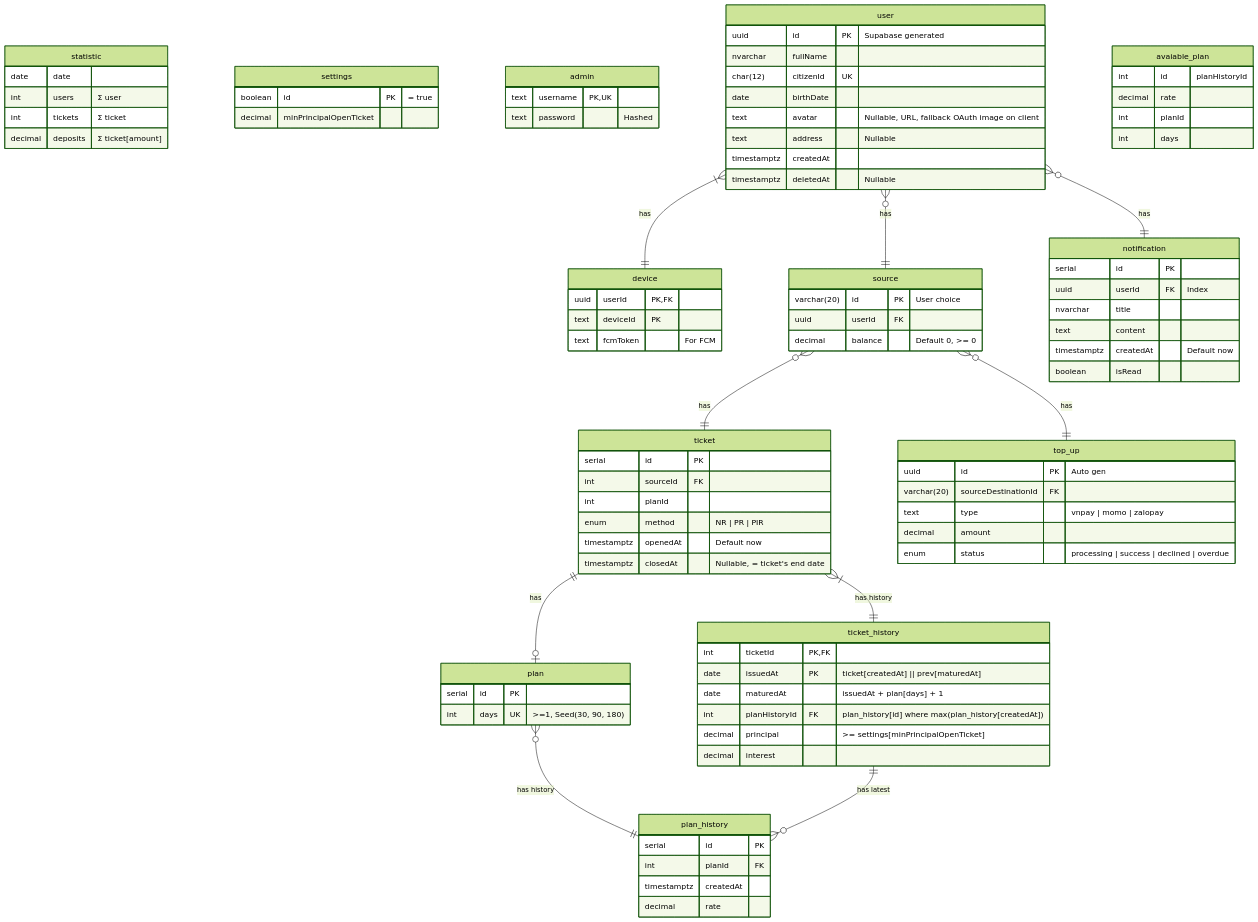
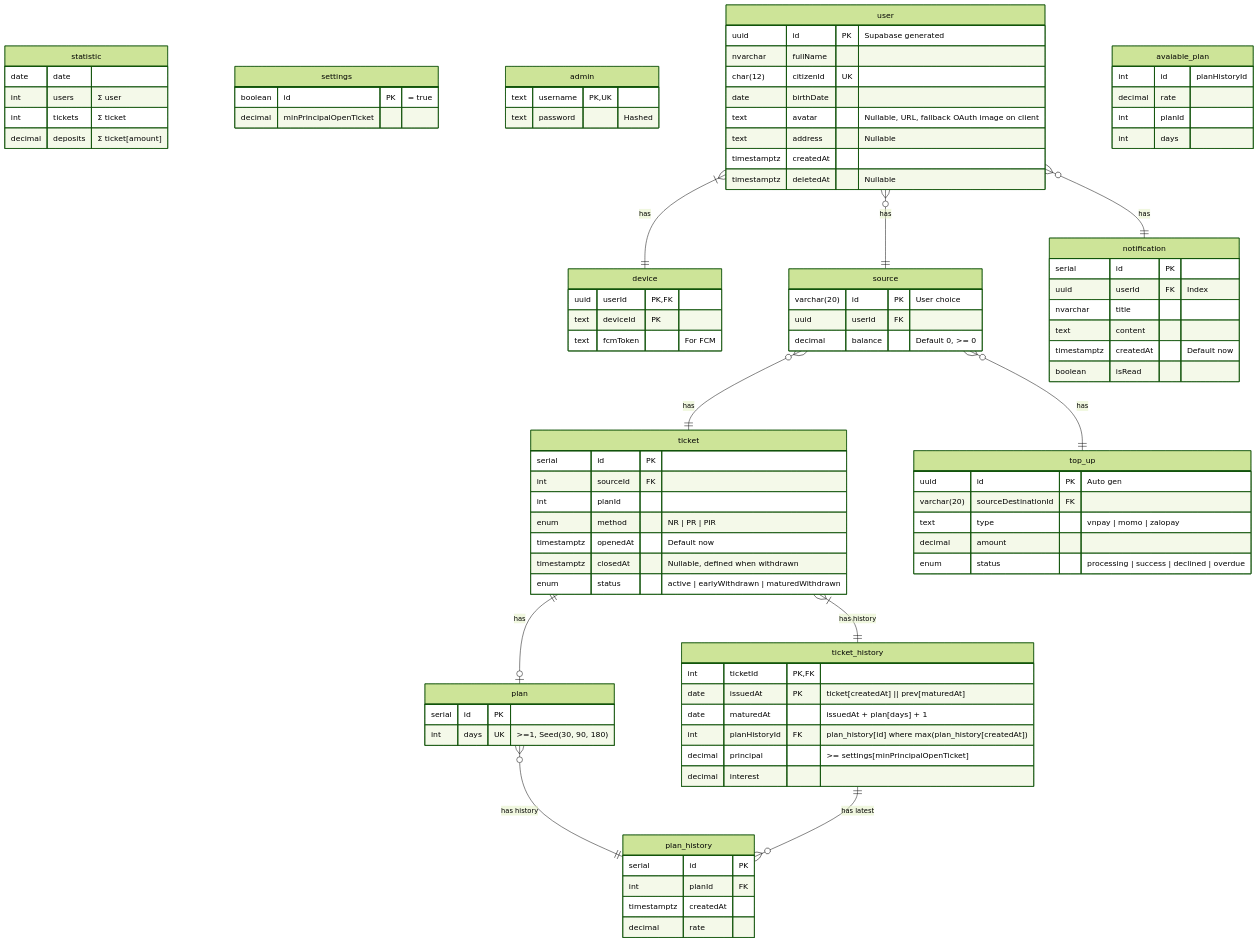
One commit to coinhub-uit/coinhub-uit.github.io changed the diagram in docs/diagrams/database/index.md. Above: the diagram before and after it, drawn with Mermaid (forest theme). The commit also changed 1 other file, not shown here.

Commit message:
feat(db/ticket): add ticket status

```diff
--- a/docs/diagrams/database/index.md
+++ b/docs/diagrams/database/index.md
@@ -64,7 +64,8 @@
     int planId
     enum method "NR | PR | PIR"
     timestamptz openedAt "Default now"
-    timestamptz closedAt "Nullable, = ticket's end date"
+    timestamptz closedAt "Nullable, defined when withdrawn"
+    enum status "active | earlyWithdrawn | maturedWithdrawn"
   }
 
   ticket_history {
```
